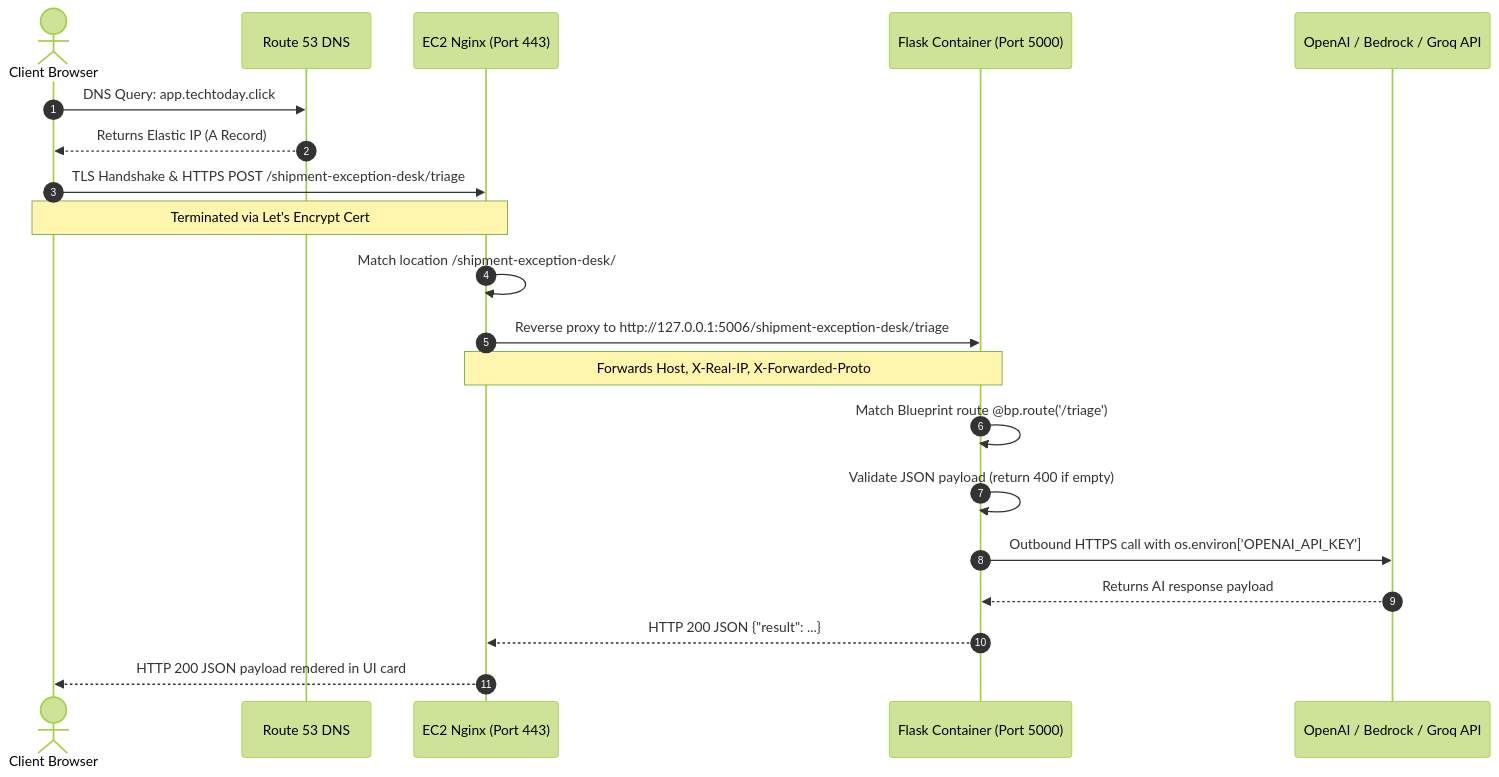
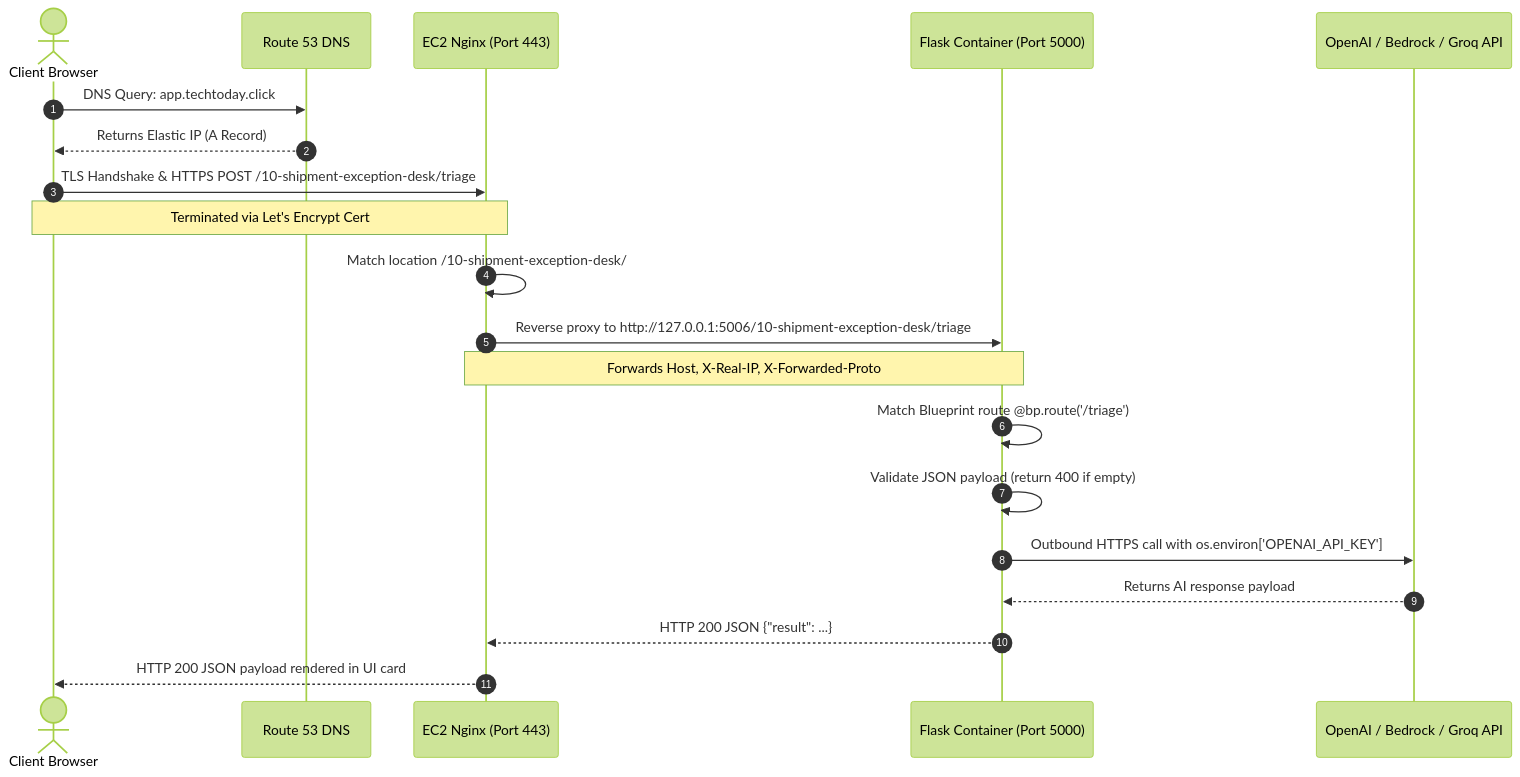
One commit to pankajspace/ai changed the sixth of 7 diagrams in projects/ARCHITECTURE.md. Above: the diagram before and after it, drawn with Mermaid (forest theme). The commit also changed other lines of this file and 721 other files, not shown here.

````diff
--- a/projects/ARCHITECTURE.md
+++ b/projects/ARCHITECTURE.md
@@ -963,25 +903,25 @@
 ```mermaid
 sequenceDiagram
     autonumber
     actor User as Client Browser
     participant R53 as Route 53 DNS
     participant Nginx as EC2 Nginx (Port 443)
     participant Flask as Flask Container (Port 5000)
     participant AI as OpenAI / Bedrock / Groq API
 
     User->>R53: DNS Query: app.techtoday.click
     R53-->>User: Returns Elastic IP (A Record)
-    User->>Nginx: TLS Handshake & HTTPS POST /shipment-exception-desk/triage
+    User->>Nginx: TLS Handshake & HTTPS POST /10-shipment-exception-desk/triage
     Note over User,Nginx: Terminated via Let's Encrypt Cert
 
-    Nginx->>Nginx: Match location /shipment-exception-desk/
-    Nginx->>Flask: Reverse proxy to http://127.0.0.1:5006/shipment-exception-desk/triage
+    Nginx->>Nginx: Match location /10-shipment-exception-desk/
+    Nginx->>Flask: Reverse proxy to http://127.0.0.1:5006/10-shipment-exception-desk/triage
     Note over Nginx,Flask: Forwards Host, X-Real-IP, X-Forwarded-Proto
 
     Flask->>Flask: Match Blueprint route @bp.route('/triage')
     Flask->>Flask: Validate JSON payload (return 400 if empty)
     Flask->>AI: Outbound HTTPS call with os.environ['OPENAI_API_KEY']
     AI-->>Flask: Returns AI response payload
     Flask-->>Nginx: HTTP 200 JSON {"result": ...}
     Nginx-->>User: HTTP 200 JSON payload rendered in UI card
 ```
````
